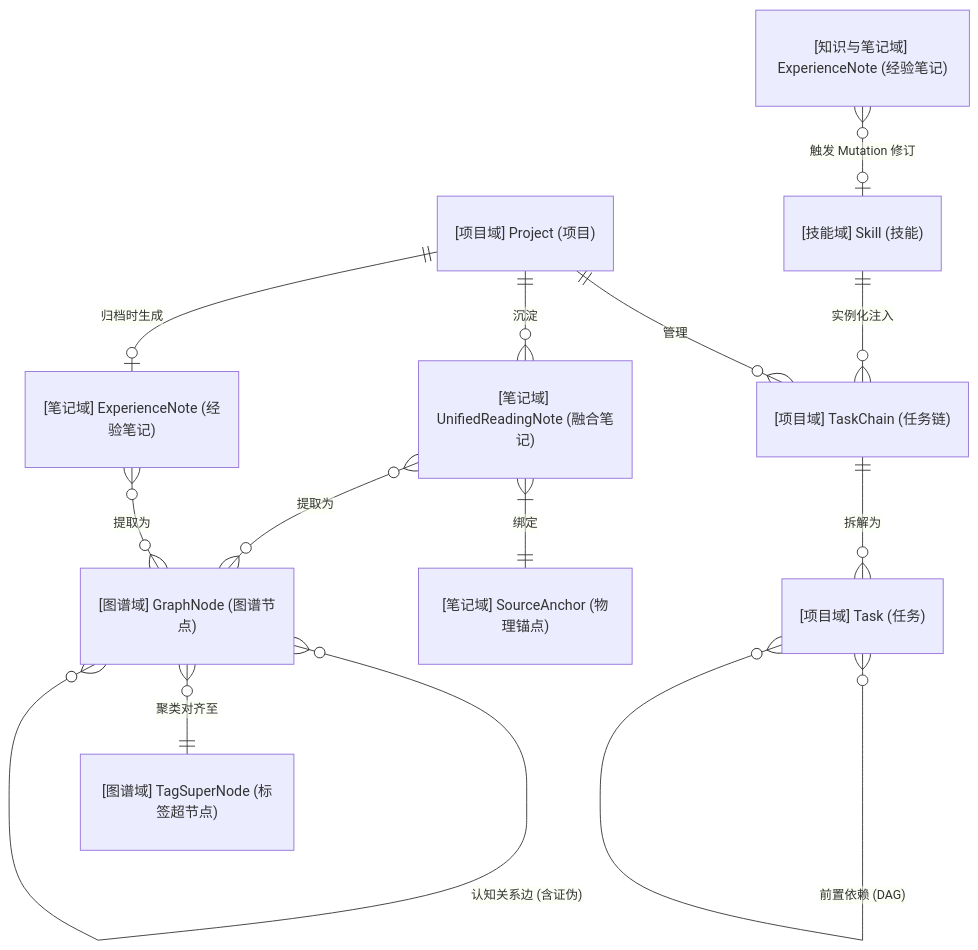
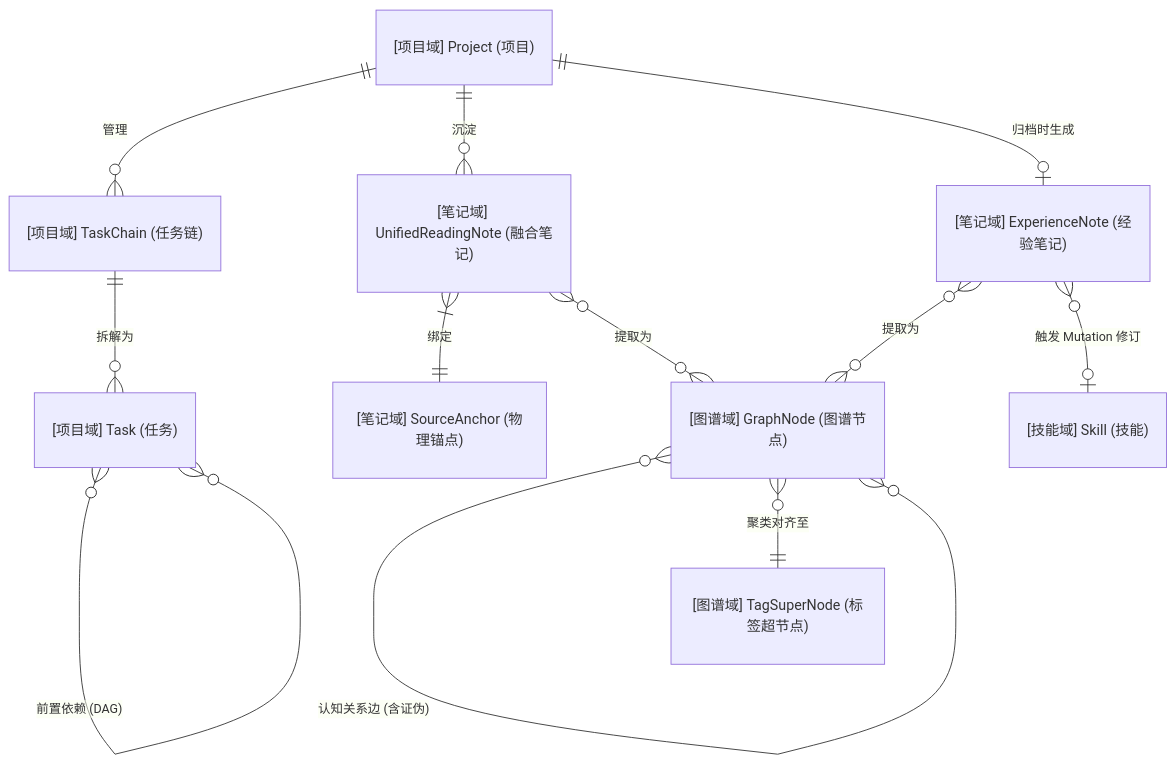
The third of 3 diagrams in docs/06_system_architecture/backend_design_spec_v1.0.md (shanglihong/i-have-a-plan), drawn with Mermaid before and after one commit. The commit also changed other lines of this file, not shown here.

Commit message:
docs: update backend design specification to v1.0 architecture standards

````diff
--- a/docs/06_system_architecture/backend_design_spec_v1.0.md
+++ b/docs/06_system_architecture/backend_design_spec_v1.0.md
@@ -170,22 +170,21 @@
 ```mermaid
 erDiagram
     %% 项目与任务领域
     "[项目域] Project (项目)" ||--o{ "[项目域] TaskChain (任务链)" : "管理"
     "[项目域] TaskChain (任务链)" ||--o{ "[项目域] Task (任务)" : "拆解为"
     "[项目域] Task (任务)" }o--o{ "[项目域] Task (任务)" : "前置依赖 (DAG)"
 
     %% 独立笔记领域
     "[项目域] Project (项目)" ||--o{ "[笔记域] UnifiedReadingNote (融合笔记)" : "沉淀"
     "[项目域] Project (项目)" ||--o| "[笔记域] ExperienceNote (经验笔记)" : "归档时生成"
     "[笔记域] UnifiedReadingNote (融合笔记)" }|--|| "[笔记域] SourceAnchor (物理锚点)" : "绑定"
     
     %% 图谱领域 (异步下游消费者)
     "[笔记域] UnifiedReadingNote (融合笔记)" }o--o{ "[图谱域] GraphNode (图谱节点)" : "提取为"
     "[笔记域] ExperienceNote (经验笔记)" }o--o{ "[图谱域] GraphNode (图谱节点)" : "提取为"
     "[图谱域] GraphNode (图谱节点)" }o--o{ "[图谱域] GraphNode (图谱节点)" : "认知关系边 (含证伪)"
     "[图谱域] GraphNode (图谱节点)" }o--|| "[图谱域] TagSuperNode (标签超节点)" : "聚类对齐至"
 
     %% 技能提炼领域
-    "[技能域] Skill (技能)" ||--o{ "[项目域] TaskChain (任务链)" : "实例化注入"
-    "[知识与笔记域] ExperienceNote (经验笔记)" }o--o| "[技能域] Skill (技能)" : "触发 Mutation 修订"
+    "[笔记域] ExperienceNote (经验笔记)" }o--o| "[技能域] Skill (技能)" : "触发 Mutation 修订"
 ```
````
